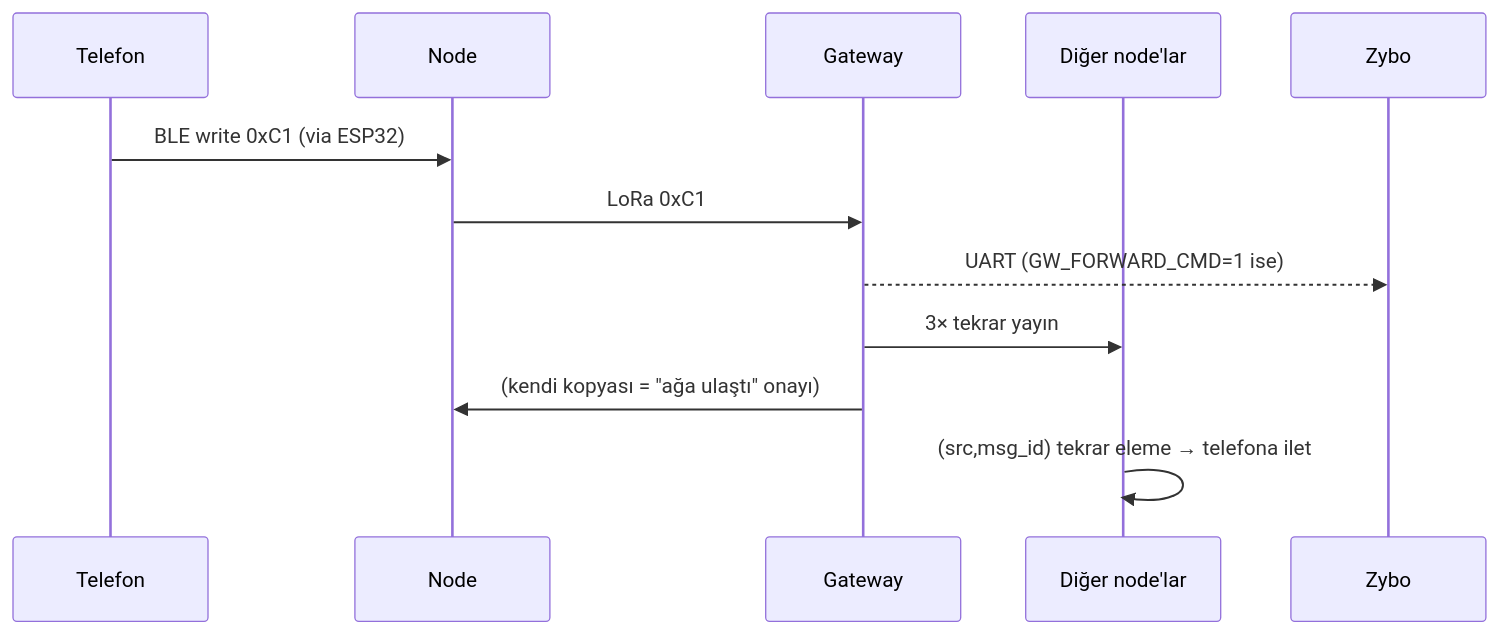
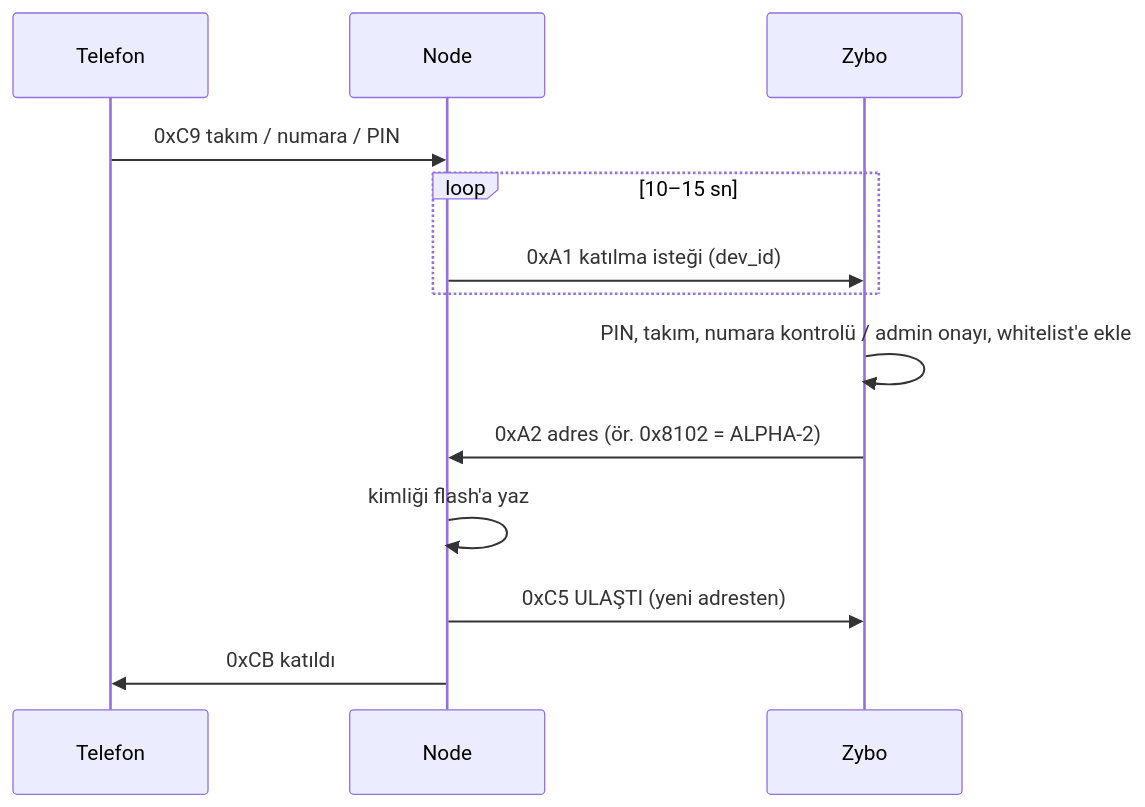
One commit to aykutaslantas/lora-sub-ghz-atak-system changed the fourth of 5 diagrams in docs/architecture.md. Above: the diagram before and after it, drawn with Mermaid. The commit also changed other lines of this file and 84 other files, not shown here.

````diff
--- a/docs/architecture.md
+++ b/docs/architecture.md
@@ -60,14 +83,15 @@
 ```mermaid
 sequenceDiagram
     participant P as Telefon
     participant N as Node
-    participant G as Gateway
-    participant X as Diğer node'lar
     participant Z as Zybo
-    P->>N: BLE write 0xC1 (via ESP32)
-    N->>G: LoRa 0xC1
-    G-->>Z: UART (GW_FORWARD_CMD=1 ise)
-    G->>X: 3× tekrar yayın
-    G->>N: (kendi kopyası = "ağa ulaştı" onayı)
-    X->>X: (src,msg_id) tekrar eleme → telefona ilet
+    P->>N: 0xC9 takım / numara / PIN
+    loop 10–15 sn
+        N->>Z: 0xA1 katılma isteği (dev_id)
+    end
+    Z->>Z: PIN, takım, numara kontrolü / admin onayı, whitelist'e ekle
+    Z->>N: 0xA2 adres (ör. 0x8102 = ALPHA-2)
+    N->>N: kimliği flash'a yaz
+    N->>Z: 0xC5 ULAŞTI (yeni adresten)
+    N->>P: 0xCB katıldı
 ```
````
